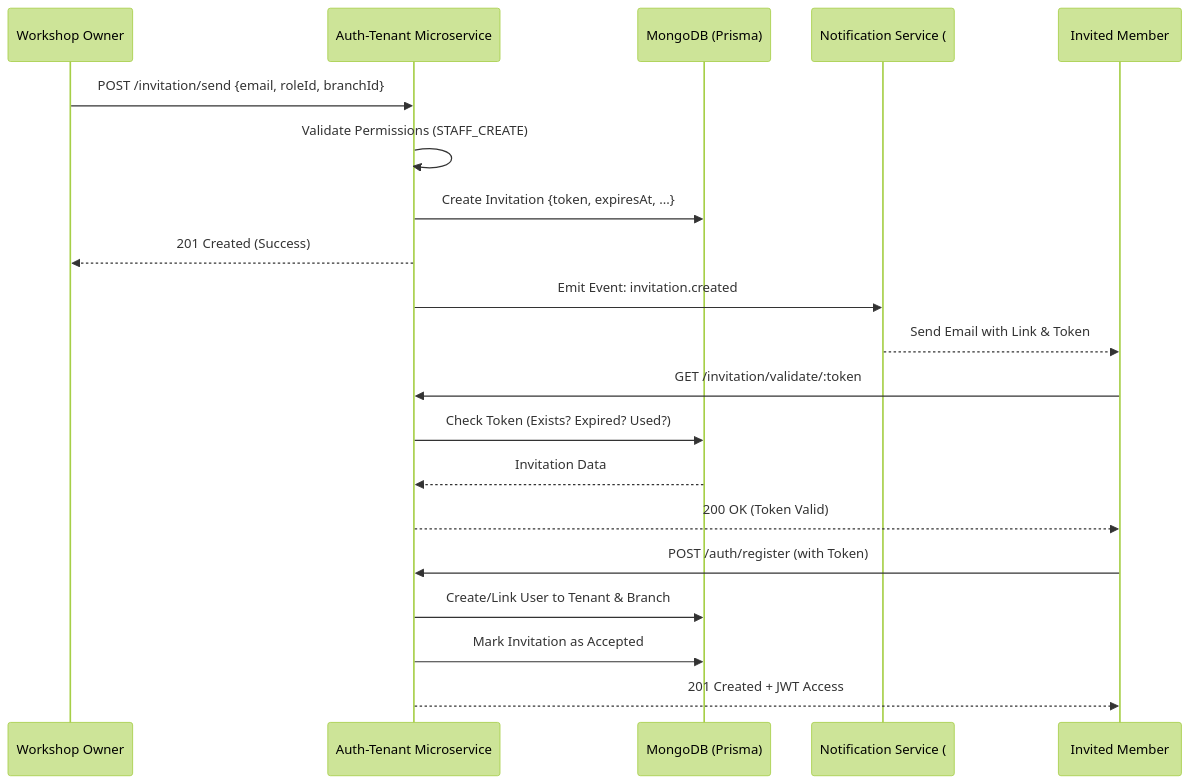
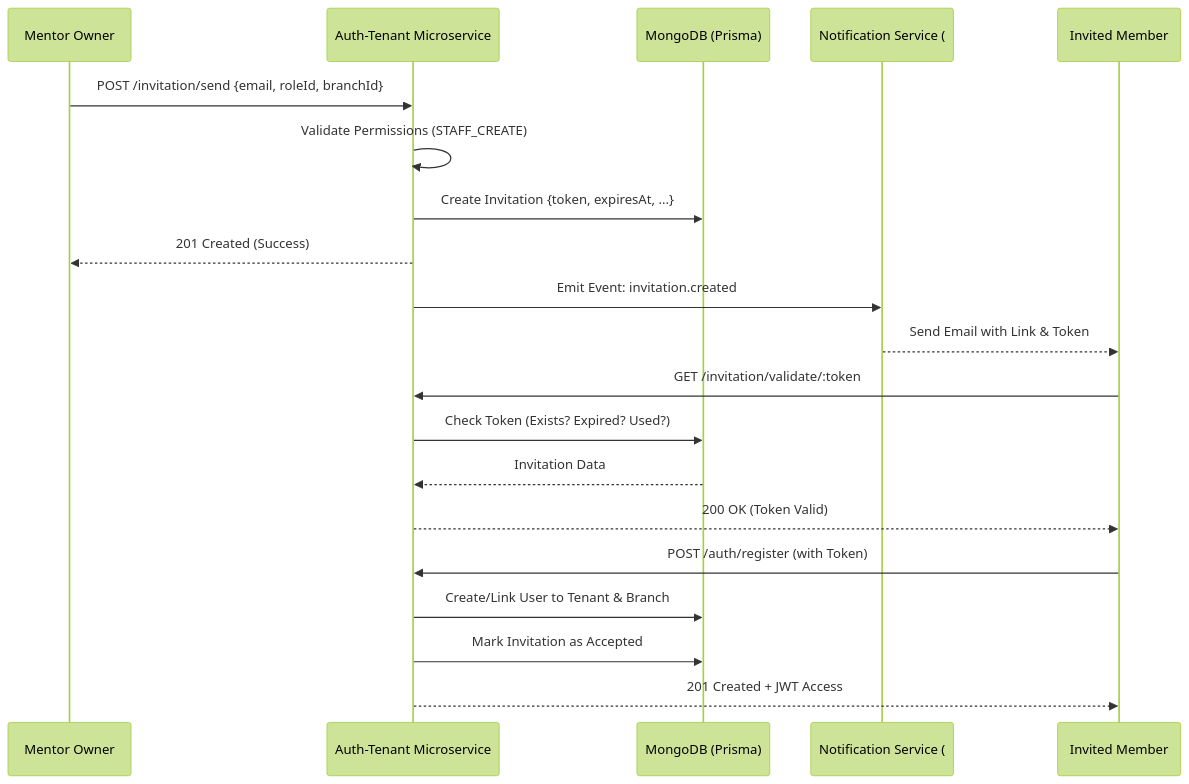
Before and after one commit to josesojo2828/quantic_iter: the diagram in services/auth-tenant/.agent/flujos/invitacion.md, drawn with Mermaid (forest theme). The commit also changed other lines of this file and 356 other files, not shown here.

````diff
--- a/services/auth-tenant/.agent/flujos/invitacion.md
+++ b/services/auth-tenant/.agent/flujos/invitacion.md
@@ -10,25 +10,25 @@
 ```mermaid
 sequenceDiagram
-    participant Owner as Workshop Owner
+    participant Owner as Mentor Owner
     participant API as Auth-Tenant Microservice
     participant DB as MongoDB (Prisma)
     participant Notification as Notification Service (#5)
     participant User as Invited Member
 
     Owner->>API: POST /invitation/send {email, roleId, branchId}
     API->>API: Validate Permissions (STAFF_CREATE)
     API->>DB: Create Invitation {token, expiresAt, ...}
     API-->>Owner: 201 Created (Success)
     API->>Notification: Emit Event: invitation.created
     Notification-->>User: Send Email with Link & Token
     
     User->>API: GET /invitation/validate/:token
     API->>DB: Check Token (Exists? Expired? Used?)
     DB-->>API: Invitation Data
     API-->>User: 200 OK (Token Valid)
 
     User->>API: POST /auth/register (with Token)
     API->>DB: Create/Link User to Tenant & Branch
     API->>DB: Mark Invitation as Accepted
     API-->>User: 201 Created + JWT Access
 ```
````
